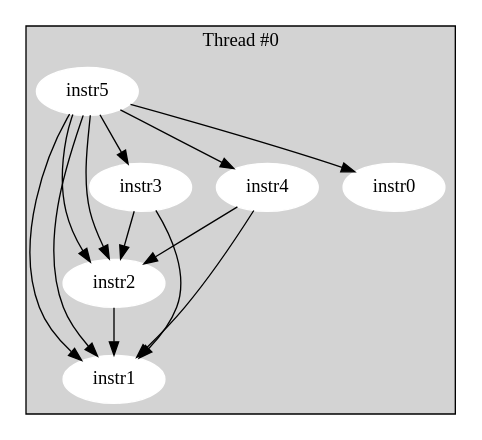
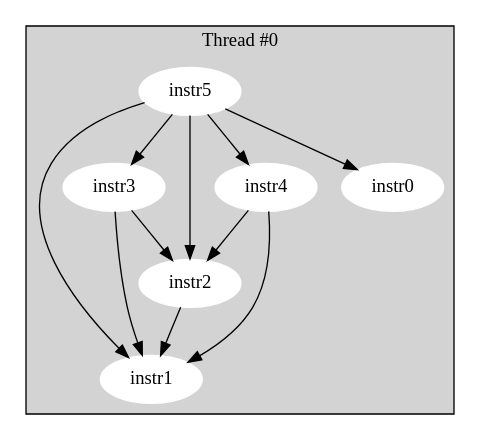
Before and after one commit to K-dizzled/isa-interprerter: the diagram in etc/graphs/graph1.dot, drawn with Graphviz. The commit also changed 8 other files, not shown here.

Commit message:
Better graph visualization

```diff
--- a/etc/graphs/graph1.dot
+++ b/etc/graphs/graph1.dot
@@ -1,1 +1,1 @@
-digraph{subgraph cluster_0{style="filled";node[style="filled",color=white];label="Thread #0";instr2->instr1;instr3->instr1;instr3->instr2;instr4->instr1;instr4->instr2;instr5->instr1;instr5->instr2;instr5->instr0;instr5->instr1;instr5->instr2;instr5->instr3;instr5->instr4;}}
+digraph{subgraph cluster_0{style="filled";node[style="filled",color=white];label="Thread #0";instr2->instr1;instr3->instr1;instr3->instr2;instr4->instr1;instr4->instr2;instr5->instr1;instr5->instr2;instr5->instr0;instr5->instr3;instr5->instr4;}}
```
